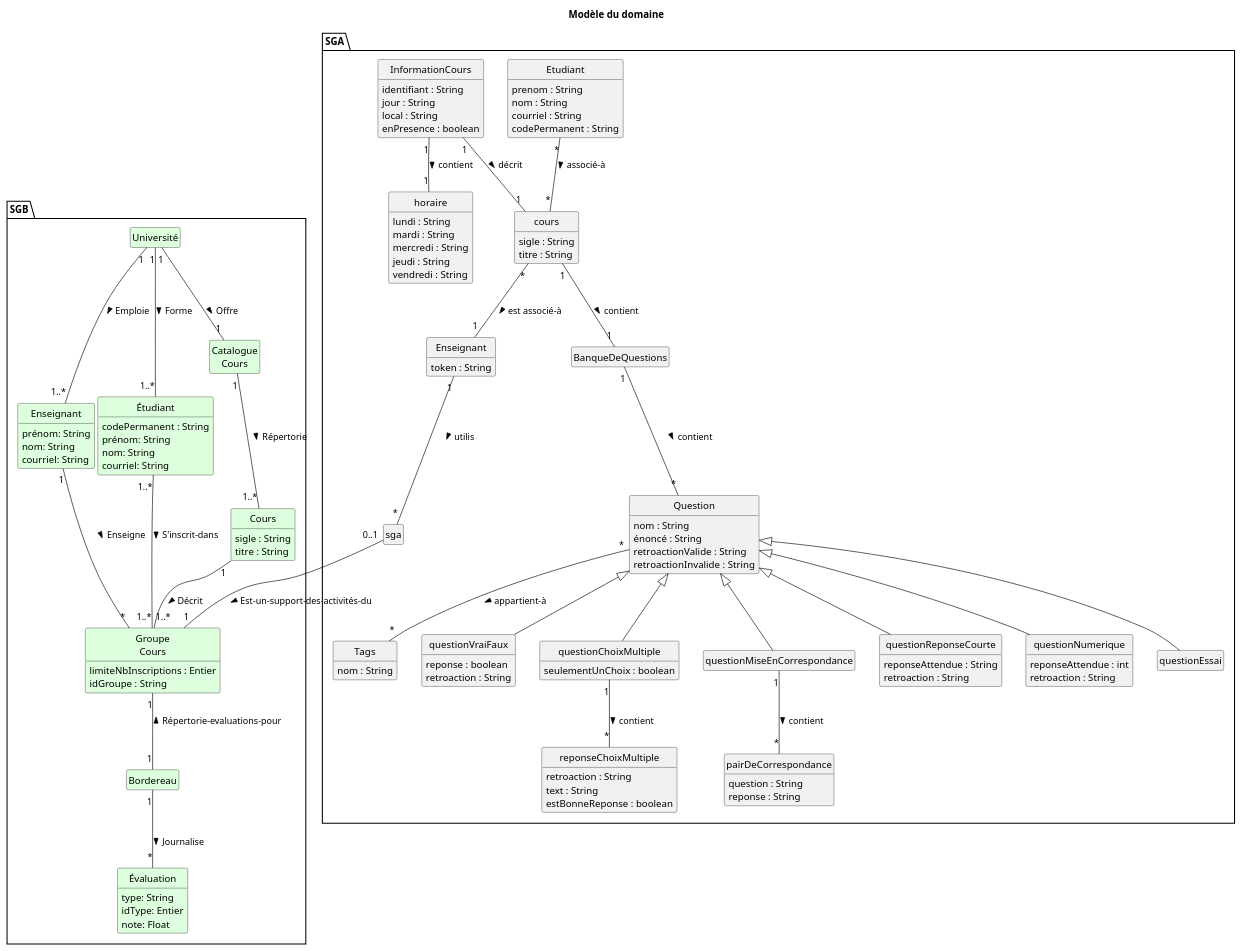
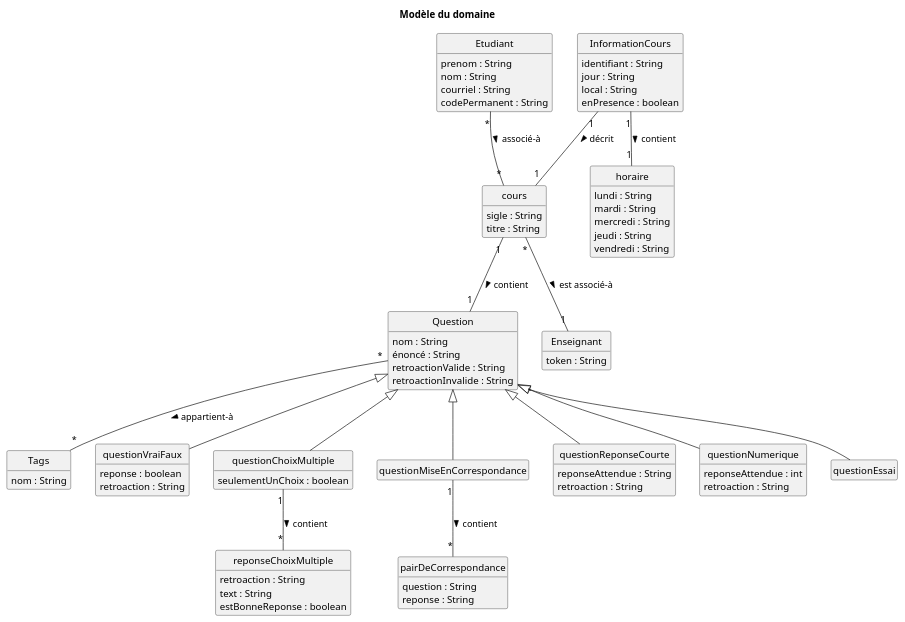
Before and after one commit to xMrYahya/moodle-clone: the diagram in docs/modeles/mddv2.puml, drawn with PlantUML. The commit also changed 1 other file, not shown here.

```diff
--- a/docs/modeles/mddv2.puml
+++ b/docs/modeles/mddv2.puml
@@ -1,153 +1,91 @@
 @startuml MDD_SGB_SGA
 skinparam style strictuml
 'skinparam backgroundcolor transparent
 hide methods
 hide empty members
 'left to right direction
 title Modèle du domaine
 
 skinparam class {
   BackgroundColor<< SGB >> #ddffdd
 }
 hide stereotype
 
-package SGB {
-  class "Université" as U << SGB >> {}
-  class "Enseignant" as En << SGB >> {
-    prénom: String
-    nom: String
-    courriel: String
-  }
-  class "Étudiant" as Et << SGB >> {
-    codePermanent : String
-    prénom: String
-    nom: String
-    courriel: String
-  }
-  class "Cours" as Cours << SGB >> {
-    sigle : String
-    titre : String
-  }
-  class "Catalogue\nCours" as CatalogueCours << SGB >> {}
-  class "Groupe\nCours" as GC << SGB >> {
-    limiteNbInscriptions : Entier
-    idGroupe : String
-  }
-  class "Bordereau" as Bord << SGB >> {}
-  class "Évaluation" as Éval << SGB >> {
-    type: String
-    idType: Entier
-    note: Float
-  }
-}
 
-
-U "1" -- "1" CatalogueCours : Offre >
-U "1" -- "1..*" Et : Forme >
-U "1" -- "1..*" En : Emploie >
-CatalogueCours "1" -- "1..*" Cours : Répertorie >
-Cours "1" -- "1..*" GC : Décrit >
-En "1" -- "*" GC : Enseigne >
-Et "1..*" -- "1..*" GC : S'inscrit-dans >
-GC "1" -- "1" Bord : Répertorie-evaluations-pour <
-Bord "1" -- "*" Éval : Journalise >
-
-' début de SGA
-package SGA {
   ' Le concept de "Cours" dans SGA n'est pas un groupe-cours
-  class "sga" as sga {
-    ' aussi controleur
-  }
-  class "BanqueDeQuestions" as bq {
-
-  }
   class "Question" as question {
   nom : String
   énoncé : String
   ' reponse a la question
   retroactionValide : String
   retroactionInvalide : String
   }
   class "Tags" as tags {
     nom : String
   }
   class "questionVraiFaux" as qvf extends question {
     reponse : boolean
     retroaction : String
   }
   class "questionChoixMultiple" as qcm extends question {
     seulementUnChoix : boolean
   }
   class "reponseChoixMultiple" as rcm {
     retroaction : String
     text : String
     estBonneReponse : boolean
   }
   class "questionMiseEnCorrespondance" as qmc extends question {
     
   }
   class "pairDeCorrespondance" as pdc {
     question : String
     reponse : String
   }
   class "questionReponseCourte" as qrc extends question {
     reponseAttendue : String
     retroaction : String
   }
   class "questionNumerique" as qn extends question {
     reponseAttendue : int
     retroaction : String
   }
   class "questionEssai" as qe extends question {
     
   }
   class "Enseignant" as ens {
     token : String
   }
   class "cours" as cours {
     sigle : String
     titre : String
   }
   class "Etudiant" as etudiant {
     prenom : String
     nom : String
     courriel : String
     codePermanent : String
   }
   class "InformationCours" as infocours {
     identifiant : String
     jour : String
     local : String
     enPresence : boolean
   }
   class "horaire" as horaire {
     lundi : String
     mardi : String
     mercredi : String
     jeudi : String
     vendredi : String
   }
   
-
-
-
-
-
-
-
-
-
-  sga "0..1" -- "1" GC : Est-un-support-des-activités-du >
   etudiant "*" -- "*" cours : associé-à >
-  ens "1" -- "*" sga : utilis >
   infocours "1" -- "1" cours : décrit >
   infocours "1" -- "1" horaire : contient >
-  cours "1" -- "1" bq :contient >
-  bq "1" -- "*" question : contient >
+  cours "1" -- "1" question :contient >
   cours "*" -- "1" ens : est associé-à >
   question "*" -- "*" tags : appartient-à >
   qcm "1" -- "*" rcm : contient >
   qmc "1" -- "*" pdc : contient >
-
-}
 @enduml
```
